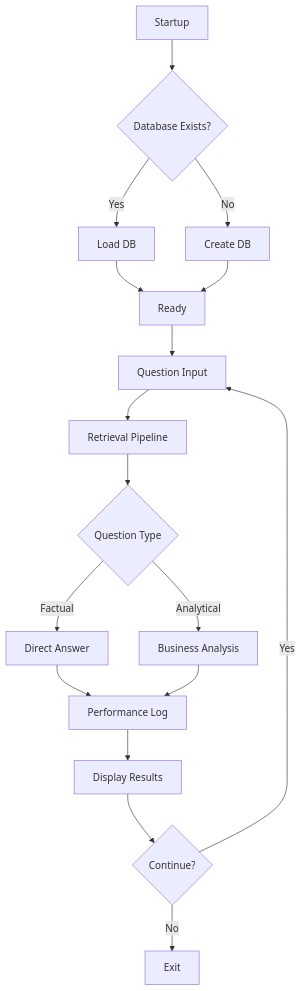
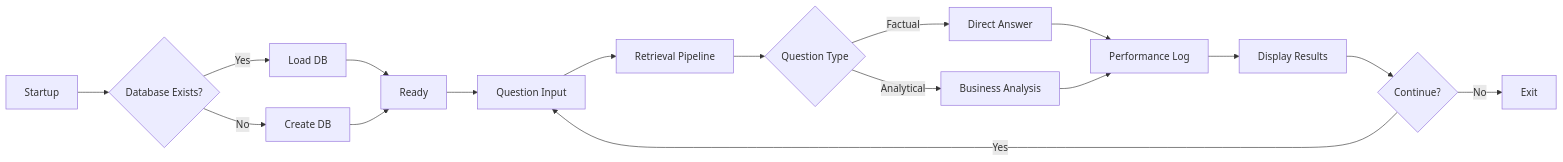
One commit to xxcs13/RAGv1 changed the first of 2 diagrams in README.md. Above: the diagram before and after it, drawn with Mermaid. The commit also changed other lines of this file, not shown here.

````diff
--- a/README.md
+++ b/README.md
@@ -65,24 +65,24 @@
 ```mermaid
-graph TD
+graph LR
     A[Startup] --> B{Database Exists?}
     B -->|Yes| C[Load DB]
     B -->|No| D[Create DB]
     
     C --> E[Ready]
     D --> E
     
     E --> F[Question Input]
     F --> G[Retrieval Pipeline]
     G --> H{Question Type}
     
     H -->|Factual| I[Direct Answer]
     H -->|Analytical| J[Business Analysis]
     
     I --> K[Performance Log]
     J --> K
     K --> L[Display Results]
     
     L --> M{Continue?}
     M -->|Yes| F
     M -->|No| N[Exit]
 ```
````
